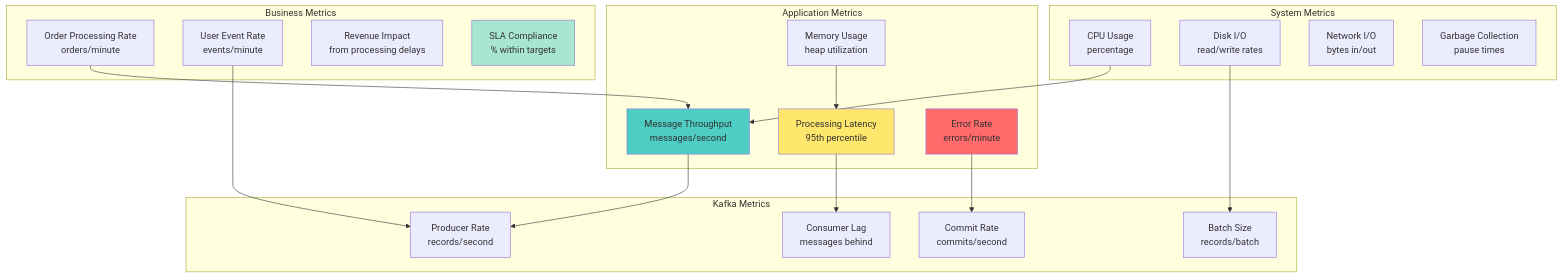
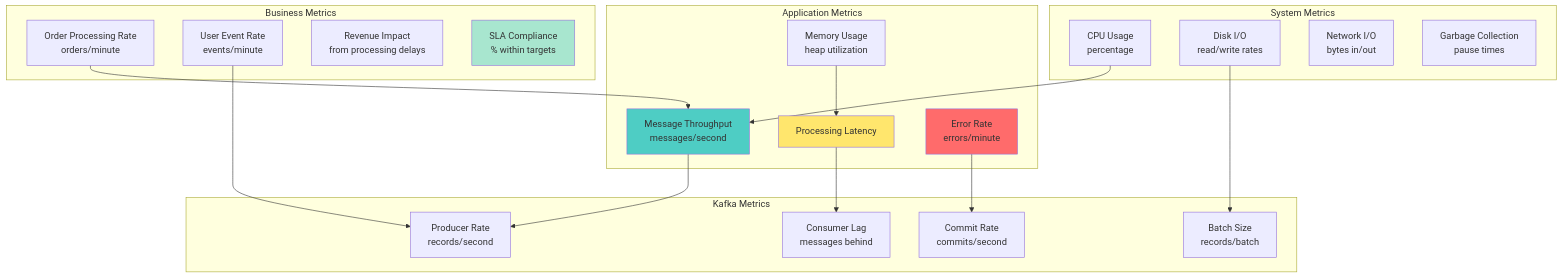
The fifth of 5 diagrams in class/workshop/lesson_6/README.md (vorrawut/KafkaStarter), drawn with Mermaid before and after one commit. The commit also changed other lines of this file and 140 other files, not shown here.

````diff
--- a/class/workshop/lesson_6/README.md
+++ b/class/workshop/lesson_6/README.md
@@ -407,46 +407,46 @@
 ```mermaid
 graph TB
     subgraph "Application Metrics"
         THROUGHPUT[Message Throughput<br/>messages/second]
-        LATENCY[Processing Latency<br/>95th percentile]
+        LATENCY[Processing Latency<br/&gt;95th percentile]
         ERROR_RATE[Error Rate<br/>errors/minute]
         MEMORY[Memory Usage<br/>heap utilization]
     end
     
     subgraph "Kafka Metrics"
         PRODUCER_RATE[Producer Rate<br/>records/second]
         CONSUMER_LAG[Consumer Lag<br/>messages behind]
         BATCH_SIZE[Batch Size<br/>records/batch]
         COMMIT_RATE[Commit Rate<br/>commits/second]
     end
     
     subgraph "System Metrics"
         CPU[CPU Usage<br/>percentage]
         DISK_IO[Disk I/O<br/>read/write rates]
         NETWORK[Network I/O<br/>bytes in/out]
         GC[Garbage Collection<br/>pause times]
     end
     
     subgraph "Business Metrics"
         ORDER_RATE[Order Processing Rate<br/>orders/minute]
         USER_EVENTS[User Event Rate<br/>events/minute]
         REVENUE[Revenue Impact<br/>from processing delays]
         SLA[SLA Compliance<br/>% within targets]
     end
     
     THROUGHPUT --> PRODUCER_RATE
     LATENCY --> CONSUMER_LAG
     ERROR_RATE --> COMMIT_RATE
     
     CPU --> THROUGHPUT
     MEMORY --> LATENCY
     DISK_IO --> BATCH_SIZE
     
     ORDER_RATE --> THROUGHPUT
     USER_EVENTS --> PRODUCER_RATE
     
     style THROUGHPUT fill:#4ecdc4
     style LATENCY fill:#ffe66d
     style ERROR_RATE fill:#ff6b6b
     style SLA fill:#a8e6cf
 ```
````
